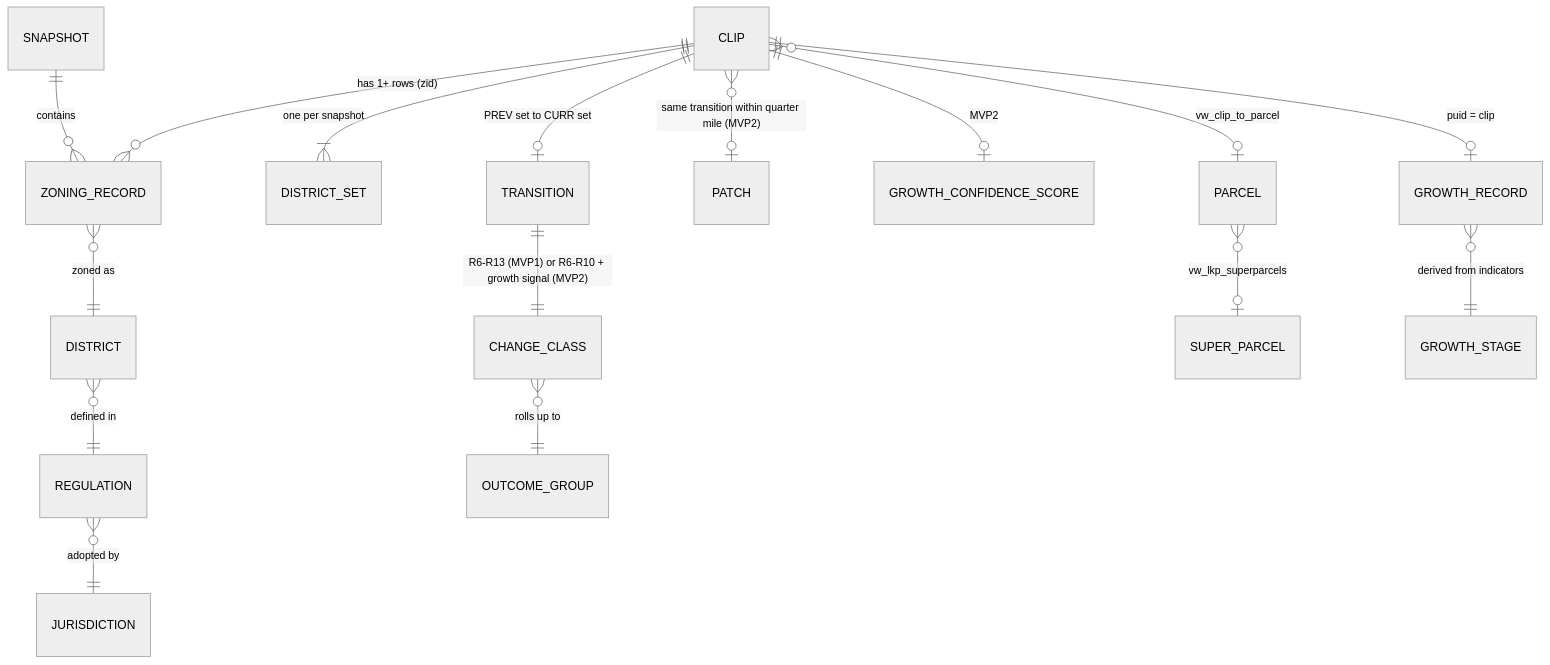
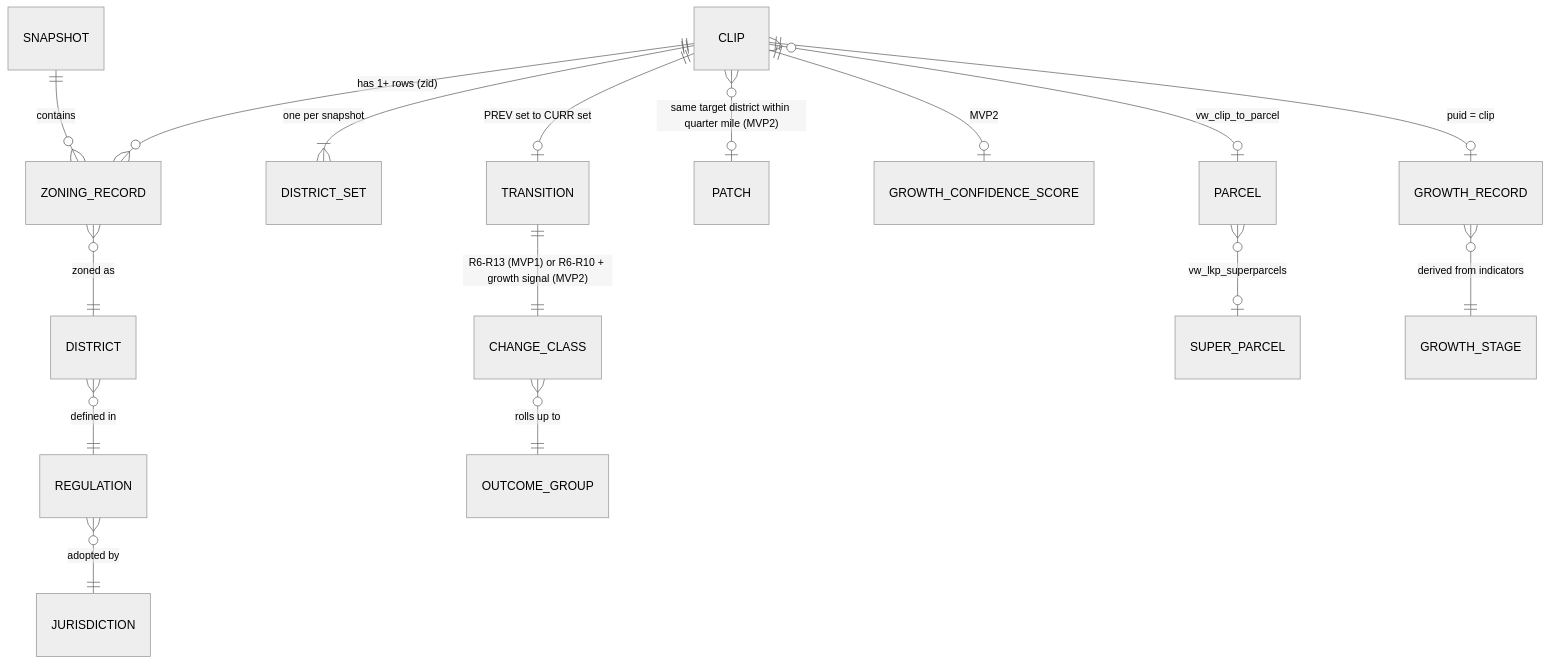
The diagram in docs/glossary.md (eprashar-clgx/growth-intel-V2), drawn with Mermaid (neutral theme) before and after one commit. The commit also changed other lines of this file and 1 other file, not shown here.

First line of the commit message:
MVP2: patches by target district, ISOLATED +2, today's owner

````diff
--- a/docs/glossary.md
+++ b/docs/glossary.md
@@ -13,18 +13,18 @@
 ```mermaid
 erDiagram
   SNAPSHOT ||--o{ ZONING_RECORD : contains
   CLIP ||--o{ ZONING_RECORD : "has 1+ rows (zid)"
   ZONING_RECORD }o--|| DISTRICT : "zoned as"
   DISTRICT }o--|| REGULATION : "defined in"
   REGULATION }o--|| JURISDICTION : "adopted by"
   CLIP ||--|{ DISTRICT_SET : "one per snapshot"
   CLIP ||--o| TRANSITION : "PREV set to CURR set"
   TRANSITION ||--|| CHANGE_CLASS : "R6-R13 (MVP1) or R6-R10 + growth signal (MVP2)"
-  CLIP }o--o| PATCH : "same transition within quarter mile (MVP2)"
+  CLIP }o--o| PATCH : "same target district within quarter mile (MVP2)"
   CLIP ||--o| GROWTH_CONFIDENCE_SCORE : "MVP2"
   CHANGE_CLASS }o--|| OUTCOME_GROUP : "rolls up to"
   CLIP ||--o| GROWTH_RECORD : "puid = clip"
   CLIP }o--o| PARCEL : "vw_clip_to_parcel"
   PARCEL }o--o| SUPER_PARCEL : "vw_lkp_superparcels"
   GROWTH_RECORD }o--|| GROWTH_STAGE : "derived from indicators"
 ```
````
